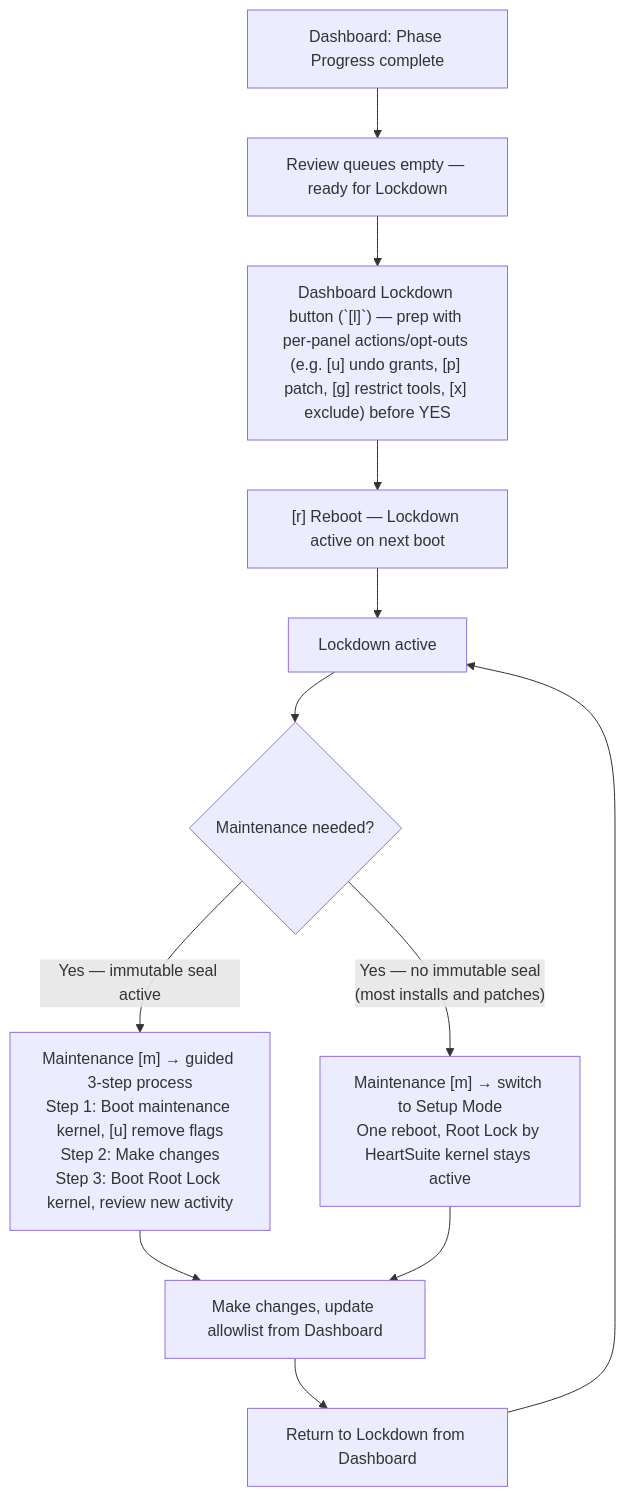
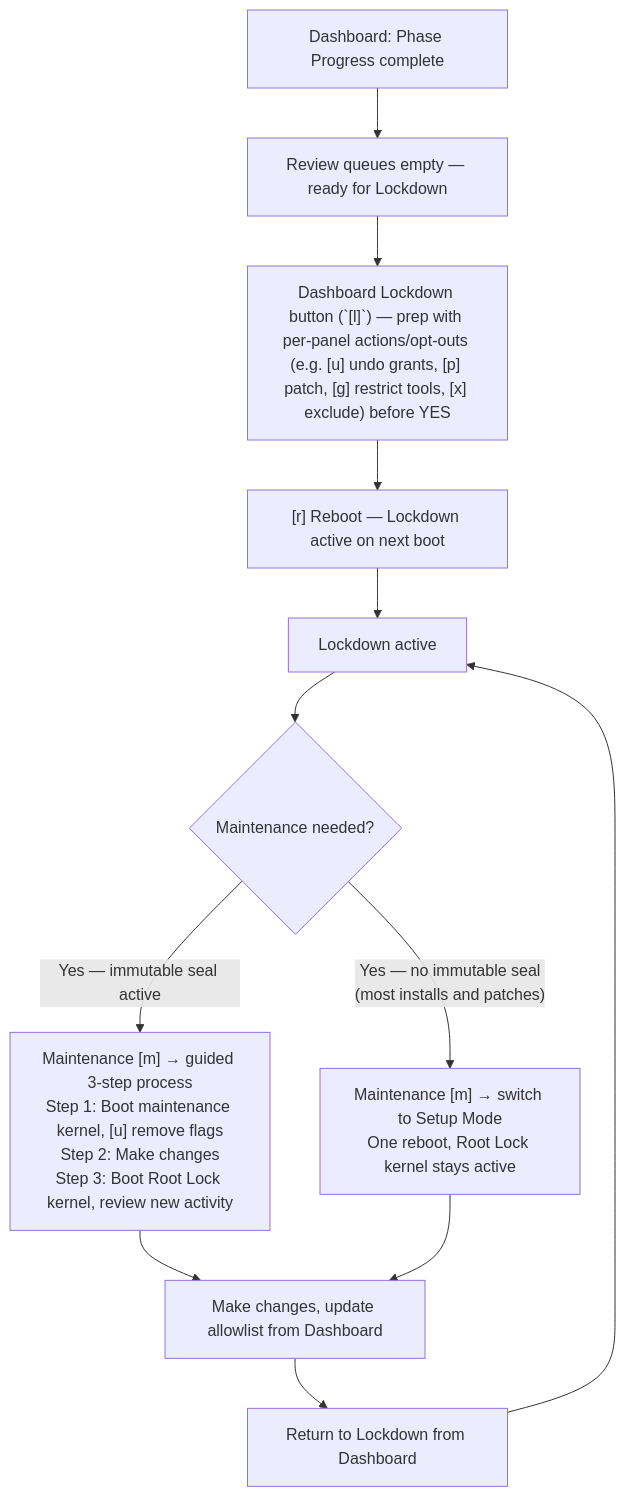
The diagram in content/en/docs/mode-switching/index.md (HeartSecuritySuite/heartsuite-docs), drawn with Mermaid before and after one commit. The commit also changed other lines of this file and 54 other files, not shown here.

First line of the commit message:
docs: first-mention Root Lock naming

````diff
--- a/content/en/docs/mode-switching/index.md
+++ b/content/en/docs/mode-switching/index.md
@@ -61,14 +61,14 @@
 ```mermaid
 graph TD
     A["Dashboard: Phase Progress complete"] --> B["Review queues empty — ready for Lockdown"];
     B --> C["Dashboard Lockdown button (`[l]`) — prep with per-panel actions/opt-outs (e.g. [u] undo grants, [p] patch, [g] restrict tools, [x] exclude) before YES"];
     C --> D["[r] Reboot — Lockdown active on next boot"];
     D --> E["Lockdown active"];
     E --> G{Maintenance needed?};
     G --> |"Yes — immutable seal active"| I["Maintenance [m] → guided 3-step process\nStep 1: Boot maintenance kernel, [u] remove flags\nStep 2: Make changes\nStep 3: Boot Root Lock kernel, review new activity"];
-    G --> |"Yes — no immutable seal\n(most installs and patches)"| O["Maintenance [m] → switch to Setup Mode\nOne reboot, Root Lock by HeartSuite kernel stays active"];
+    G --> |"Yes — no immutable seal\n(most installs and patches)"| O["Maintenance [m] → switch to Setup Mode\nOne reboot, Root Lock kernel stays active"];
     I --> J["Make changes, update allowlist from Dashboard"];
     O --> J;
     J --> N["Return to Lockdown from Dashboard"];
     N --> E;
 ```
````
